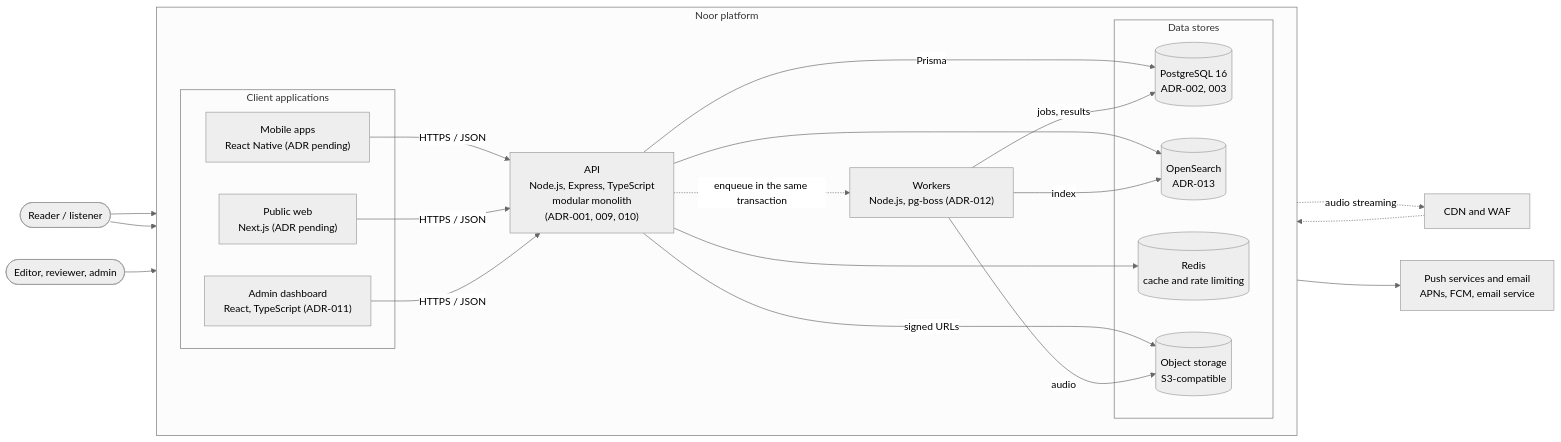
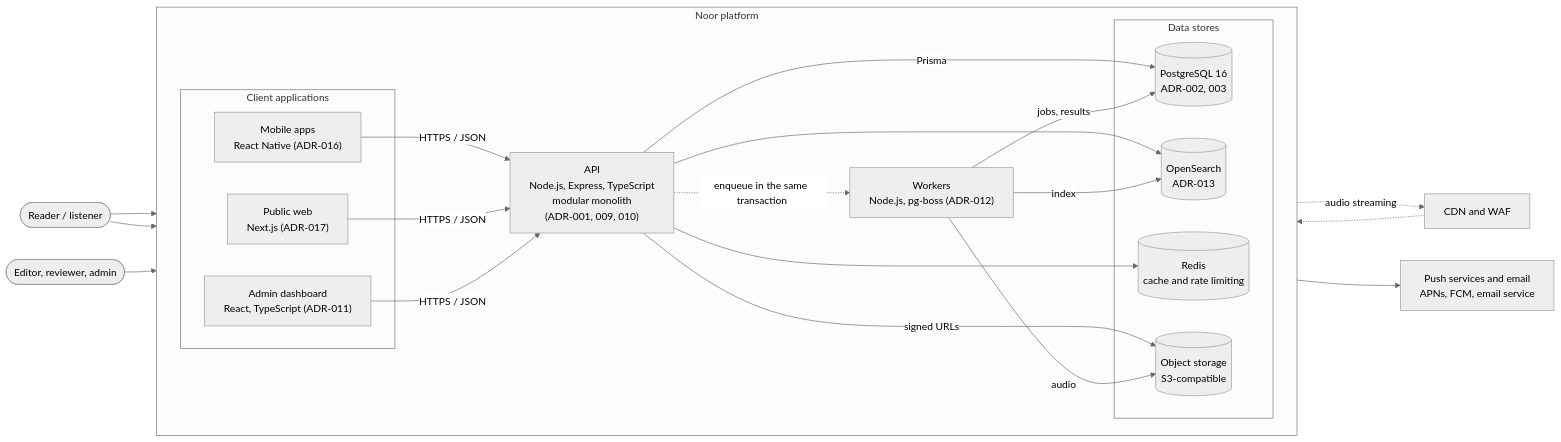
The diagram in docs/c4/02-containers.md (ideallgate/alnoor-proposed-architecture-), drawn with Mermaid (neutral theme) before and after one commit. The commit also changed other lines of this file and 7 other files, not shown here.

````diff
--- a/docs/c4/02-containers.md
+++ b/docs/c4/02-containers.md
@@ -5,42 +5,42 @@
 ```mermaid
 flowchart LR
   reader(["Reader / listener"])
   staff(["Editor, reviewer, admin"])
   ext["Push services and email<br/>APNs, FCM, email service"]
   cdn["CDN and WAF"]
 
   subgraph noor["Noor platform"]
     direction LR
     subgraph clients["Client applications"]
-      mobile["Mobile apps<br/>React Native (ADR pending)"]
-      web["Public web<br/>Next.js (ADR pending)"]
+      mobile["Mobile apps<br/>React Native (ADR-016)"]
+      web["Public web<br/>Next.js (ADR-017)"]
       admin["Admin dashboard<br/>React, TypeScript (ADR-011)"]
     end
     api["API<br/>Node.js, Express, TypeScript<br/>modular monolith<br/>(ADR-001, 009, 010)"]
     workers["Workers<br/>Node.js, pg-boss (ADR-012)"]
     subgraph data["Data stores"]
       pg[("PostgreSQL 16<br/>ADR-002, 003")]
       search[("OpenSearch<br/>ADR-013")]
       redis[("Redis<br/>cache and rate limiting")]
       files[("Object storage<br/>S3-compatible")]
     end
   end
 
   reader --> mobile
   reader --> web
   staff --> admin
   mobile -->|"HTTPS / JSON"| api
   web -->|"HTTPS / JSON"| api
   admin -->|"HTTPS / JSON"| api
   mobile -.->|"audio streaming"| cdn
   cdn -.-> files
   api -->|"Prisma"| pg
   api --> search
   api --> redis
   api -->|"signed URLs"| files
   workers -->|"jobs, results"| pg
   workers -->|"index"| search
   workers -->|"audio"| files
   workers --> ext
   api -.->|"enqueue in the same transaction"| workers
 ```
````
